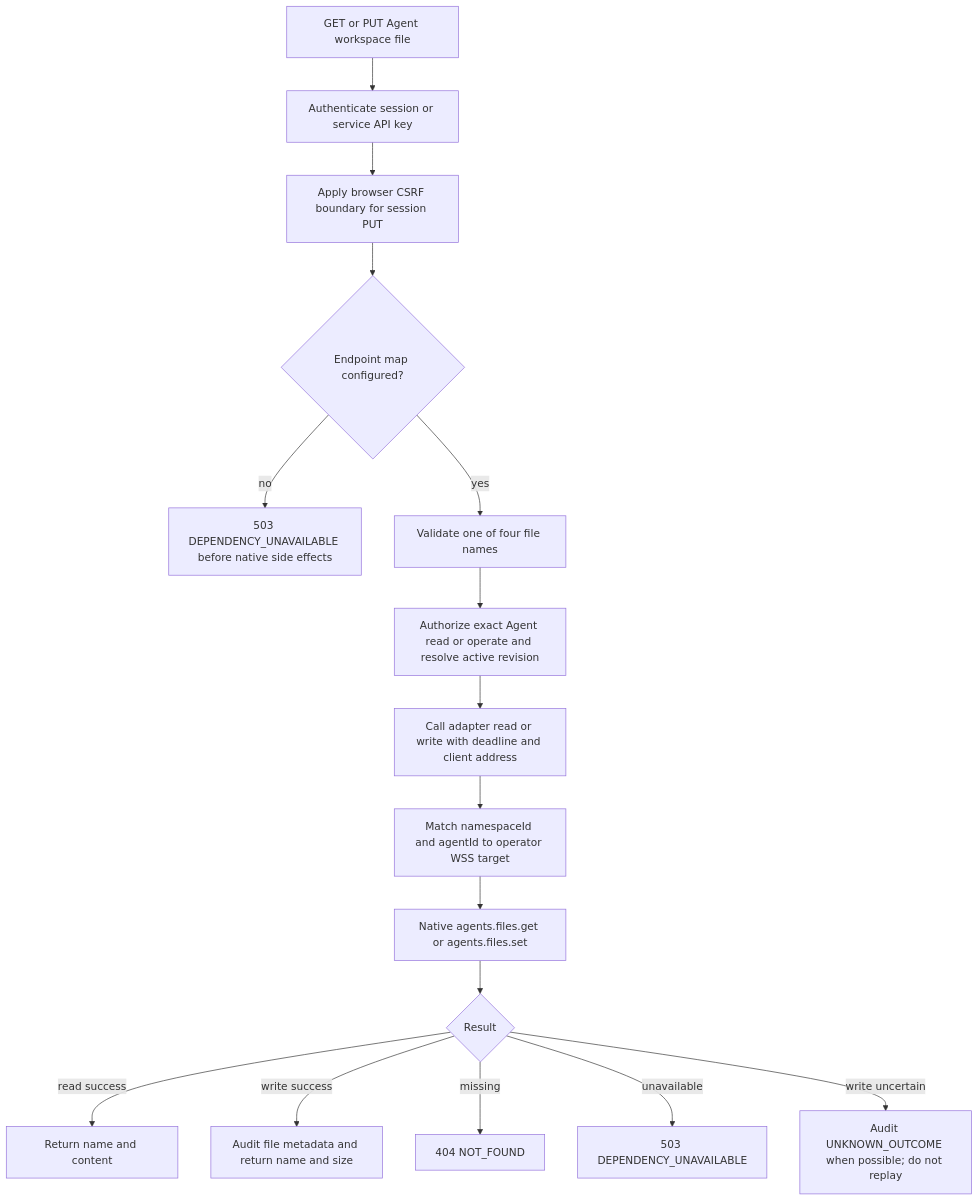
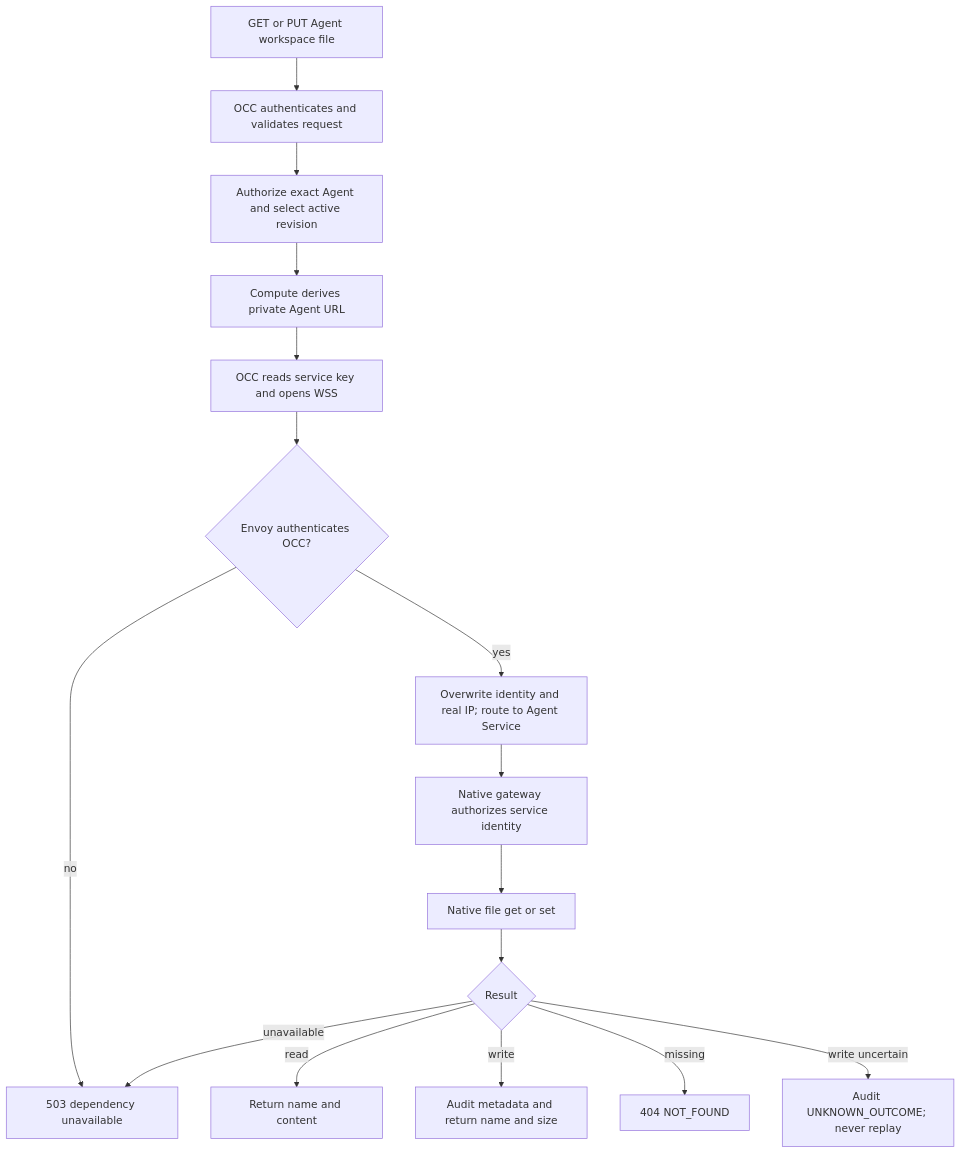
One commit to IsaiahStapleton/openclaw-enterprise changed the diagram in docs/flows/workspace-files.md. Above: the diagram before and after it, drawn with Mermaid. The commit also changed other lines of this file and 34 other files, not shown here.

Commit message:
feat: route Agent workspace files through private Envoy Gateway

````diff
--- a/docs/flows/workspace-files.md
+++ b/docs/flows/workspace-files.md
@@ -39,18 +33,18 @@
 ```mermaid
 graph TD
-  A["GET or PUT Agent workspace file"] --> B["Authenticate session or service API key"]
-  B --> C["Apply browser CSRF boundary for session PUT"]
-  C --> D{"Endpoint map configured?"}
-  D -->|no| G["503 DEPENDENCY_UNAVAILABLE before native side effects"]
-  D -->|yes| E["Validate one of four file names"]
-  E --> H["Authorize exact Agent read or operate and resolve active revision"]
-  H --> I["Call adapter read or write with deadline and client address"]
-  I --> J["Match namespaceId and agentId to operator WSS target"]
-  J --> K["Native agents.files.get or agents.files.set"]
-  K --> L{"Result"}
-  L -->|read success| M["Return name and content"]
-  L -->|write success| N["Audit file metadata and return name and size"]
-  L -->|missing| O["404 NOT_FOUND"]
-  L -->|unavailable| P["503 DEPENDENCY_UNAVAILABLE"]
-  L -->|write uncertain| Q["Audit UNKNOWN_OUTCOME when possible; do not replay"]
+  A["GET or PUT Agent workspace file"] --> B["OCC authenticates and validates request"]
+  B --> C["Authorize exact Agent and select active revision"]
+  C --> D["Compute derives private Agent URL"]
+  D --> E["OCC reads service key and opens WSS"]
+  E --> F{"Envoy authenticates OCC?"}
+  F -->|no| G["503 dependency unavailable"]
+  F -->|yes| H["Overwrite identity and real IP; route to Agent Service"]
+  H --> I["Native gateway authorizes service identity"]
+  I --> J["Native file get or set"]
+  J --> K{"Result"}
+  K -->|read| L["Return name and content"]
+  K -->|write| M["Audit metadata and return name and size"]
+  K -->|missing| N["404 NOT_FOUND"]
+  K -->|unavailable| G
+  K -->|write uncertain| O["Audit UNKNOWN_OUTCOME; never replay"]
 ```
````
